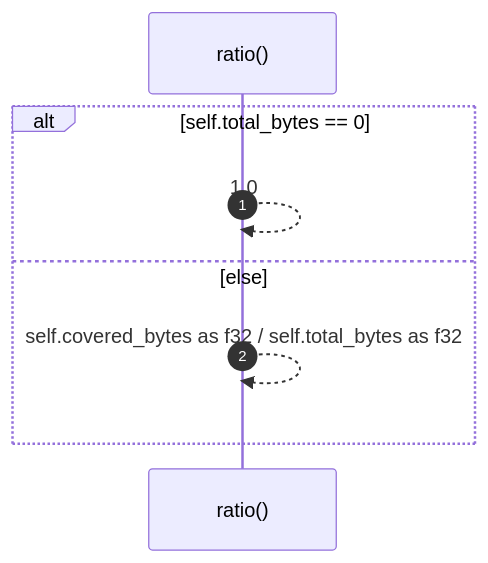
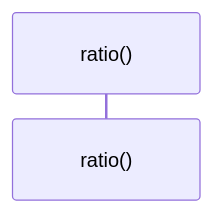
One commit to RyanGuild/self-describing-code changed the third of 5 diagrams in docs/self-model/robby_ir/coverage/impl-filecoverage.md. Above: the diagram before and after it, drawn with Mermaid. The commit also changed other lines of this file and 1404 other files, not shown here.

````diff
--- a/docs/self-model/robby_ir/coverage/impl-filecoverage.md
+++ b/docs/self-model/robby_ir/coverage/impl-filecoverage.md
@@ -146,10 +180,5 @@
 ```mermaid
 sequenceDiagram
     autonumber
     participant ratio as ratio()
-    alt self.total_bytes == 0
-    ratio-->>ratio: 1.0
-    else else
-    ratio-->>ratio: self.covered_bytes as f32 / self.total_bytes as f32
-    end
 ```
````
